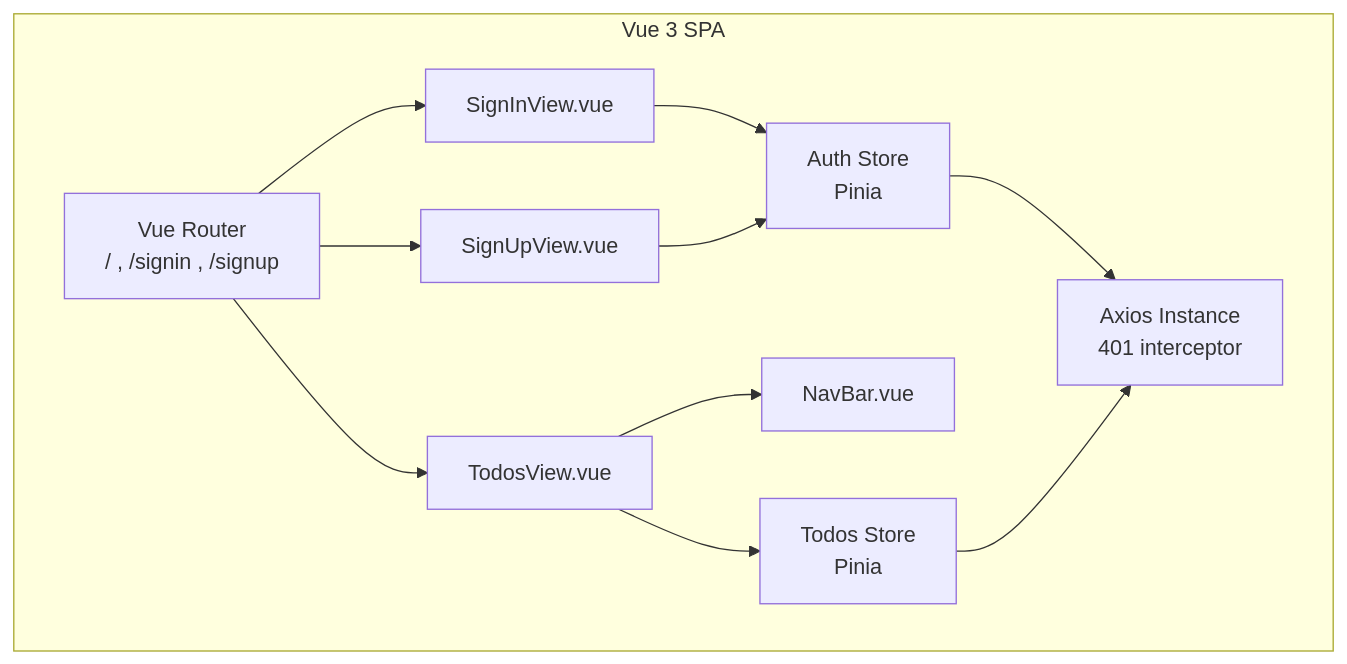
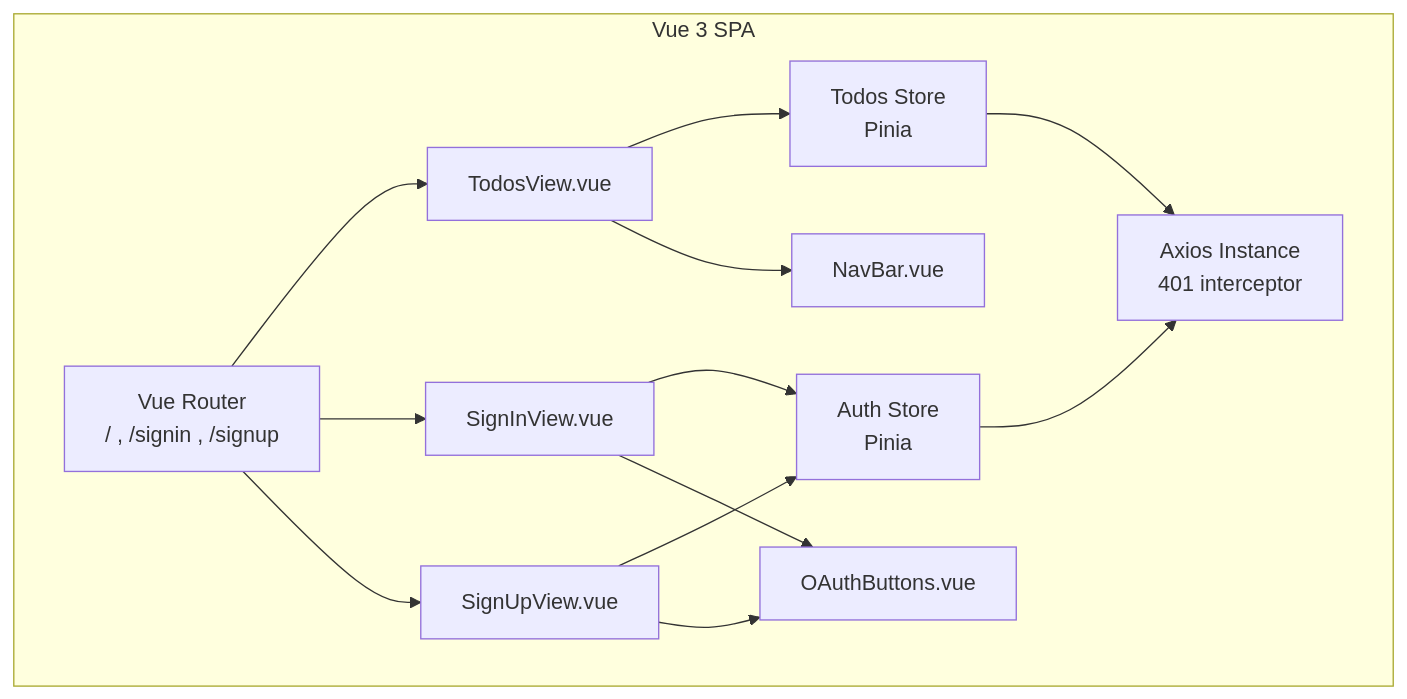
The fourth of 7 diagrams in docs/05_modeling.md (YaogoGerard/Todogy), drawn with Mermaid before and after one commit. The commit also changed other lines of this file and 61 other files, not shown here.

````diff
--- a/docs/05_modeling.md
+++ b/docs/05_modeling.md
@@ -85,23 +85,26 @@
 ```mermaid
 graph TD
     subgraph "Vue 3 SPA"
         Router["Vue Router<br/>/ , /signin , /signup"]
         AuthStore["Auth Store<br/>Pinia"]
         TodosStore["Todos Store<br/>Pinia"]
         AxiosAPI["Axios Instance<br/>401 interceptor"]
         TodosView["TodosView.vue"]
         SignInView["SignInView.vue"]
         SignUpView["SignUpView.vue"]
         NavBar["NavBar.vue"]
+        OAuthButtons["OAuthButtons.vue"]
     end
 
     Router --> TodosView
     Router --> SignInView
     Router --> SignUpView
     TodosView --> TodosStore
     TodosView --> NavBar
     SignInView --> AuthStore
     SignUpView --> AuthStore
+    SignInView --> OAuthButtons
+    SignUpView --> OAuthButtons
     AuthStore --> AxiosAPI
     TodosStore --> AxiosAPI
 ```
````
